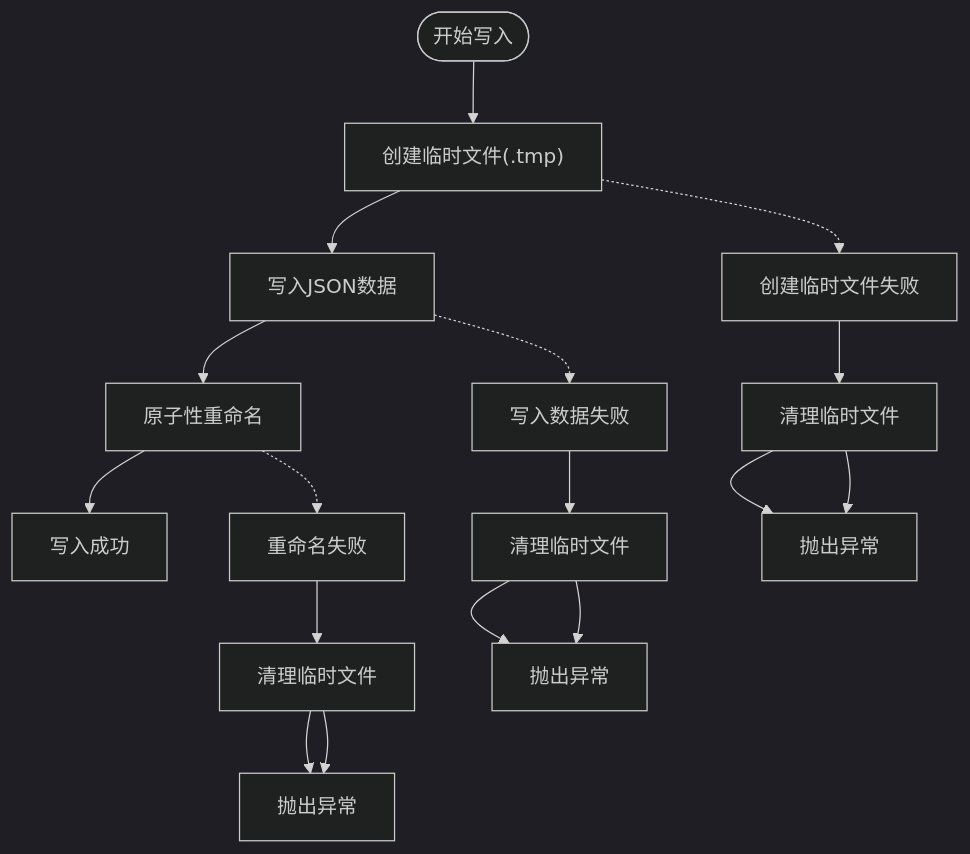
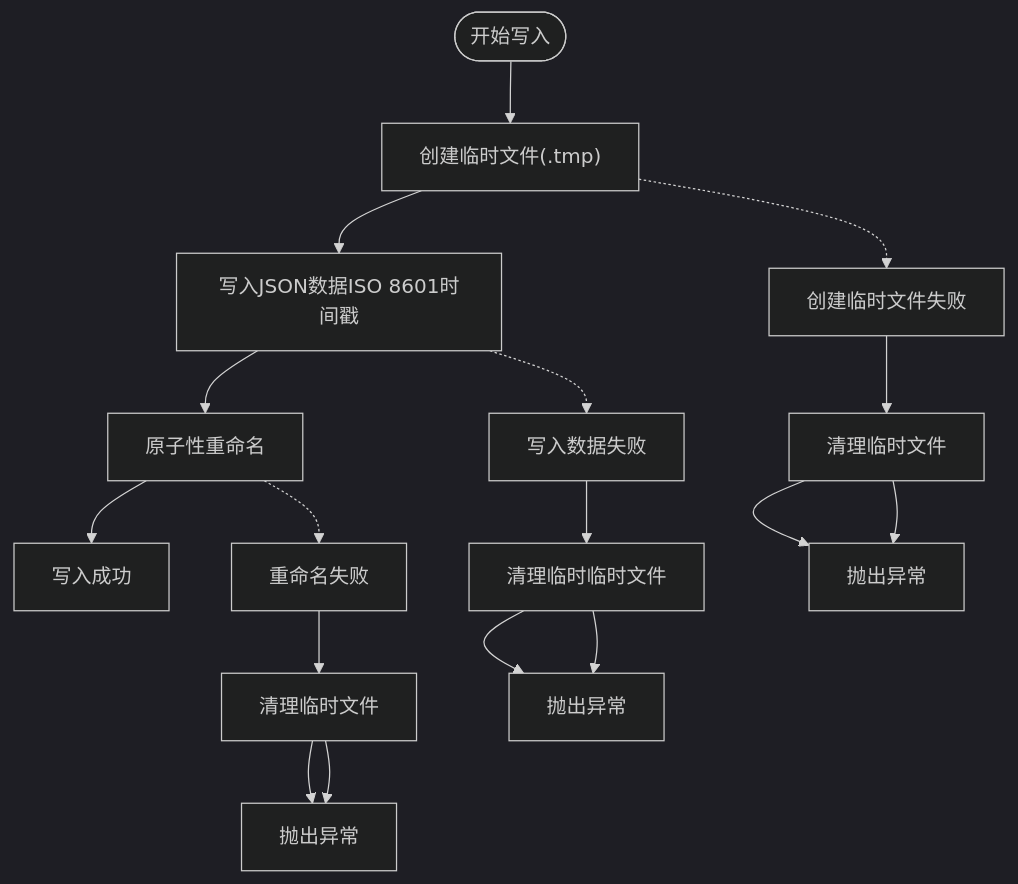
The third of 9 diagrams in .qoder/repowiki/zh/content/核心模块详解/会话持久化系统.md (250shiwo/MySmallAgent), drawn with Mermaid (dark theme) before and after one commit. The commit also changed other lines of this file and 41 other files, not shown here.

````diff
--- a/.qoder/repowiki/zh/content/核心模块详解/会话持久化系统.md
+++ b/.qoder/repowiki/zh/content/核心模块详解/会话持久化系统.md
@@ -150,13 +180,13 @@
 ```mermaid
 flowchart TD
 Start([开始写入]) --> CreateTmp["创建临时文件(.tmp)"]
-CreateTmp --> WriteData["写入JSON数据"]
+CreateTmp --> WriteData["写入JSON数据ISO 8601时间戳"]
 WriteData --> ReplaceFile["原子性重命名"]
 ReplaceFile --> Success[写入成功]
 CreateTmp -.-> Error1["创建临时文件失败"] --> Cleanup1["清理临时文件"] --> Throw1["抛出异常"]
-WriteData -.-> Error2["写入数据失败"] --> Cleanup2["清理临时文件"] --> Throw2["抛出异常"]
+WriteData -.-> Error2["写入数据失败"] --> Cleanup2["清理临时临时文件"] --> Throw2["抛出异常"]
 ReplaceFile -.-> Error3["重命名失败"] --> Cleanup3["清理临时文件"] --> Throw3["抛出异常"]
 Cleanup1 --> Throw1
 Cleanup2 --> Throw2
 Cleanup3 --> Throw3
 ```
````
